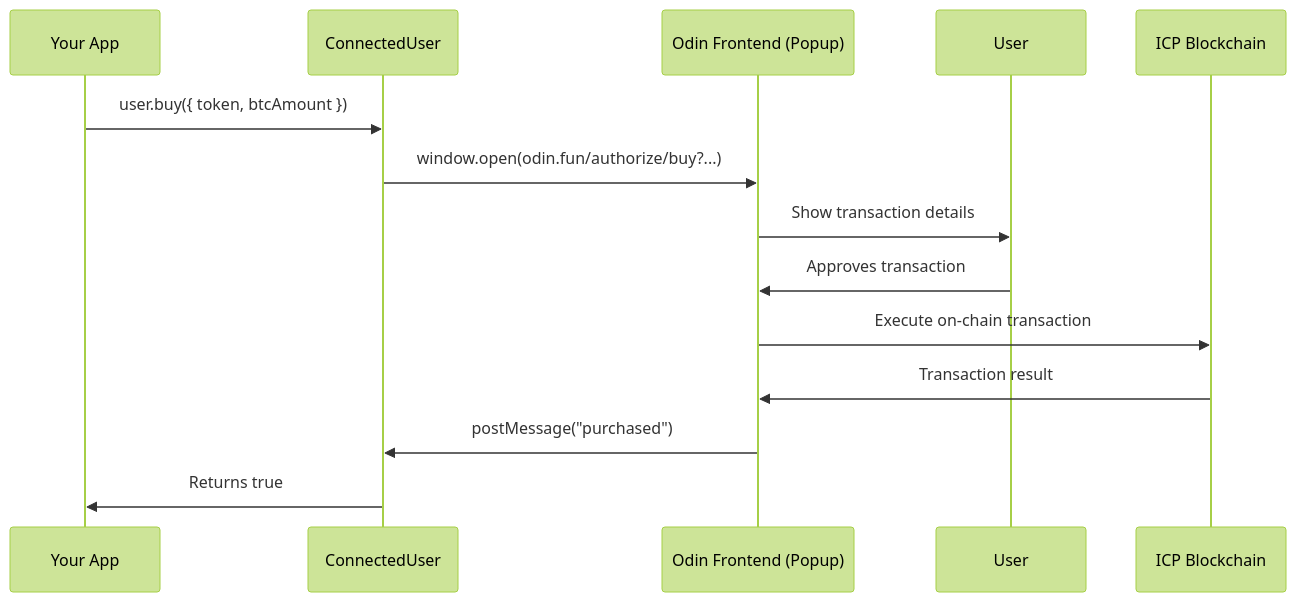
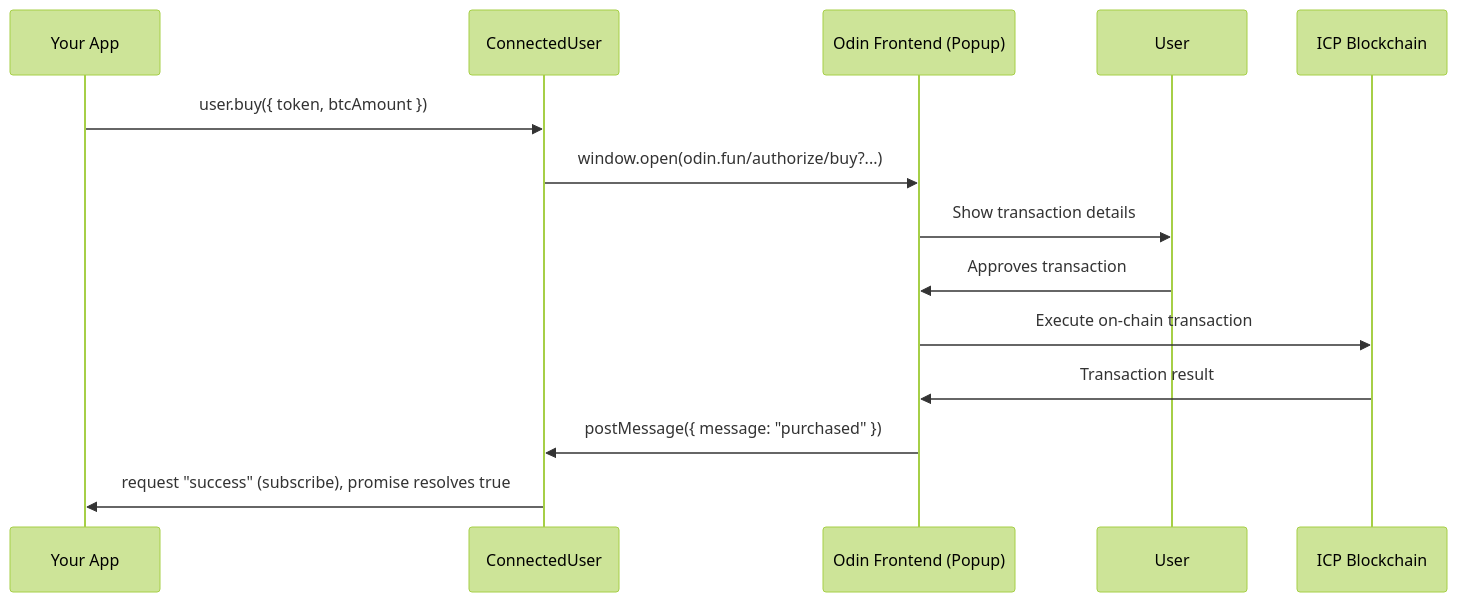
One commit to Toniq-Labs/odin-connect changed the third of 4 diagrams in readme.md. Above: the diagram before and after it, drawn with Mermaid (forest theme). The commit also changed other lines of this file and 19 other files, not shown here.

````diff
--- a/readme.md
+++ b/readme.md
@@ -119,17 +121,17 @@
 ```mermaid
 sequenceDiagram
     participant App as Your App
     participant SDK as ConnectedUser
     participant Popup as Odin Frontend (Popup)
     participant User as User
     participant Chain as ICP Blockchain
 
     App->>SDK: user.buy({ token, btcAmount })
     SDK->>Popup: window.open(odin.fun/authorize/buy?...)
     Popup->>User: Show transaction details
     User->>Popup: Approves transaction
     Popup->>Chain: Execute on-chain transaction
     Chain->>Popup: Transaction result
-    Popup->>SDK: postMessage("purchased")
-    SDK->>App: Returns true
+    Popup->>SDK: postMessage({ message: "purchased" })
+    SDK->>App: request "success" (subscribe), promise resolves true
 ```
````
